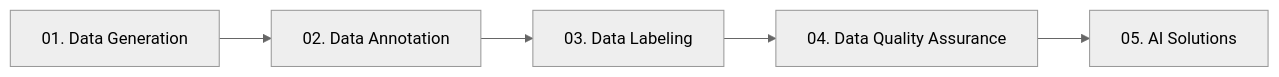
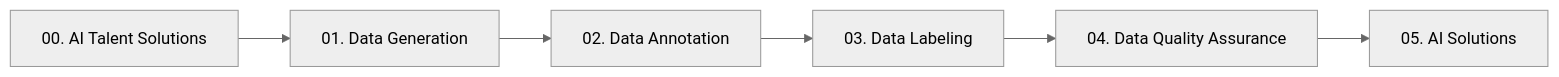
The second of 3 diagrams in README.md (Nutricalboii/Avora), drawn with Mermaid (neutral theme) before and after one commit. The commit also changed other lines of this file and 21 other files, not shown here.

Commit message:
feat: implement 6-discipline framework, AI Talent Solutions renaming, and scroll restoration

````diff
--- a/README.md
+++ b/README.md
@@ -43,7 +43,8 @@
 ```mermaid
 graph LR
-    D1[01. Data Generation] --> D2[02. Data Annotation]
+    D0[00. AI Talent Solutions] --> D1[01. Data Generation]
+    D1 --> D2[02. Data Annotation]
     D2 --> D3[03. Data Labeling]
     D3 --> D4[04. Data Quality Assurance]
     D4 --> D5[05. AI Solutions]
 ```
````
